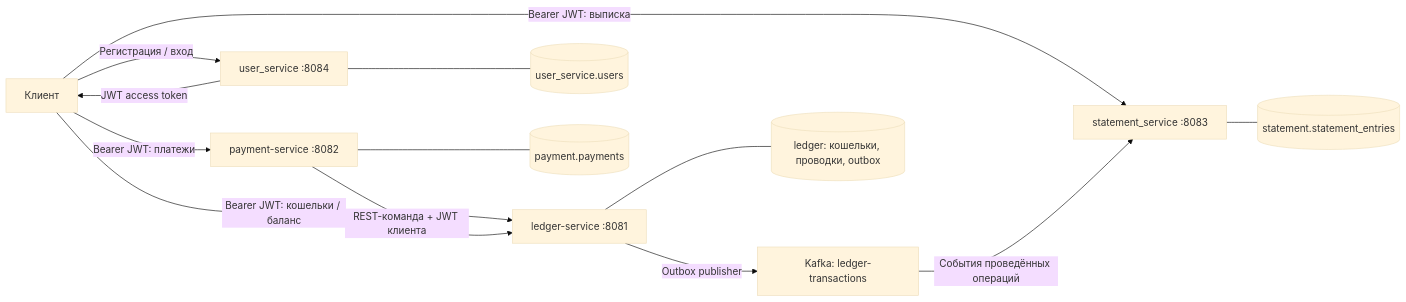
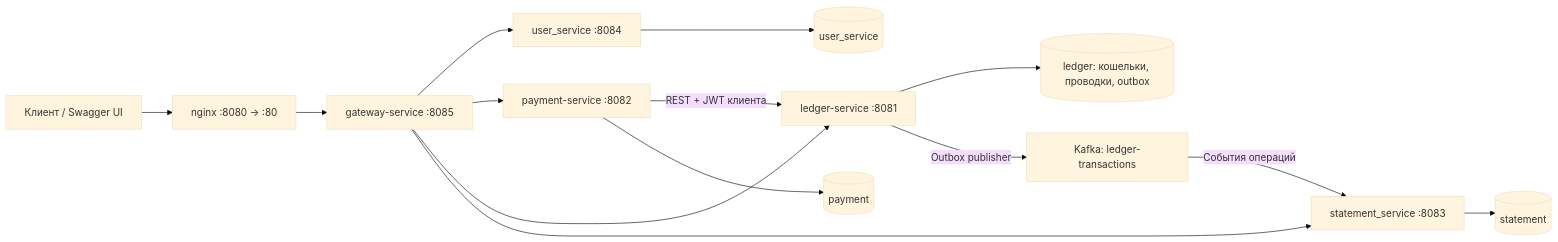
One commit to mkuzhvv/mini-wallet changed the diagram in README.md. Above: the diagram before and after it, drawn with Mermaid (base theme). The commit also changed other lines of this file and 43 other files, not shown here.

````diff
--- a/README.md
+++ b/README.md
@@ -56,26 +58,16 @@
 ```mermaid
 flowchart LR
-    Client[Клиент]
-    User["user_service :8084"]
-    Payment["payment-service :8082"]
-    Ledger["ledger-service :8081"]
-    Statement["statement_service :8083"]
-    Kafka["Kafka: ledger-transactions"]
-    UserDB[(user_service.users)]
-    PaymentDB[(payment.payments)]
-    LedgerDB[(ledger: кошельки, проводки, outbox)]
-    StatementDB[(statement.statement_entries)]
-
-    Client -->|Регистрация / вход| User
-    User -->|JWT access token| Client
-    Client -->|Bearer JWT: платежи| Payment
-    Client -->|Bearer JWT: кошельки / баланс| Ledger
-    Client -->|Bearer JWT: выписка| Statement
-    Payment -->|REST-команда + JWT клиента| Ledger
-    User --- UserDB
-    Payment --- PaymentDB
-    Ledger --- LedgerDB
-    Ledger -->|Outbox publisher| Kafka
-    Kafka -->|События проведённых операций| Statement
-    Statement --- StatementDB
+    Client[Клиент / Swagger UI] --> Nginx["nginx :8080 → :80"]
+    Nginx --> Gateway["gateway-service :8085"]
+    Gateway --> User["user_service :8084"]
+    Gateway --> Payment["payment-service :8082"]
+    Gateway --> Ledger["ledger-service :8081"]
+    Gateway --> Statement["statement_service :8083"]
+    Payment -->|REST + JWT клиента| Ledger
+    User --> UserDB[(user_service)]
+    Payment --> PaymentDB[(payment)]
+    Ledger --> LedgerDB[(ledger: кошельки, проводки, outbox)]
+    Ledger -->|Outbox publisher| Kafka["Kafka: ledger-transactions"]
+    Kafka -->|События операций| Statement
+    Statement --> StatementDB[(statement)]
 ```
````
